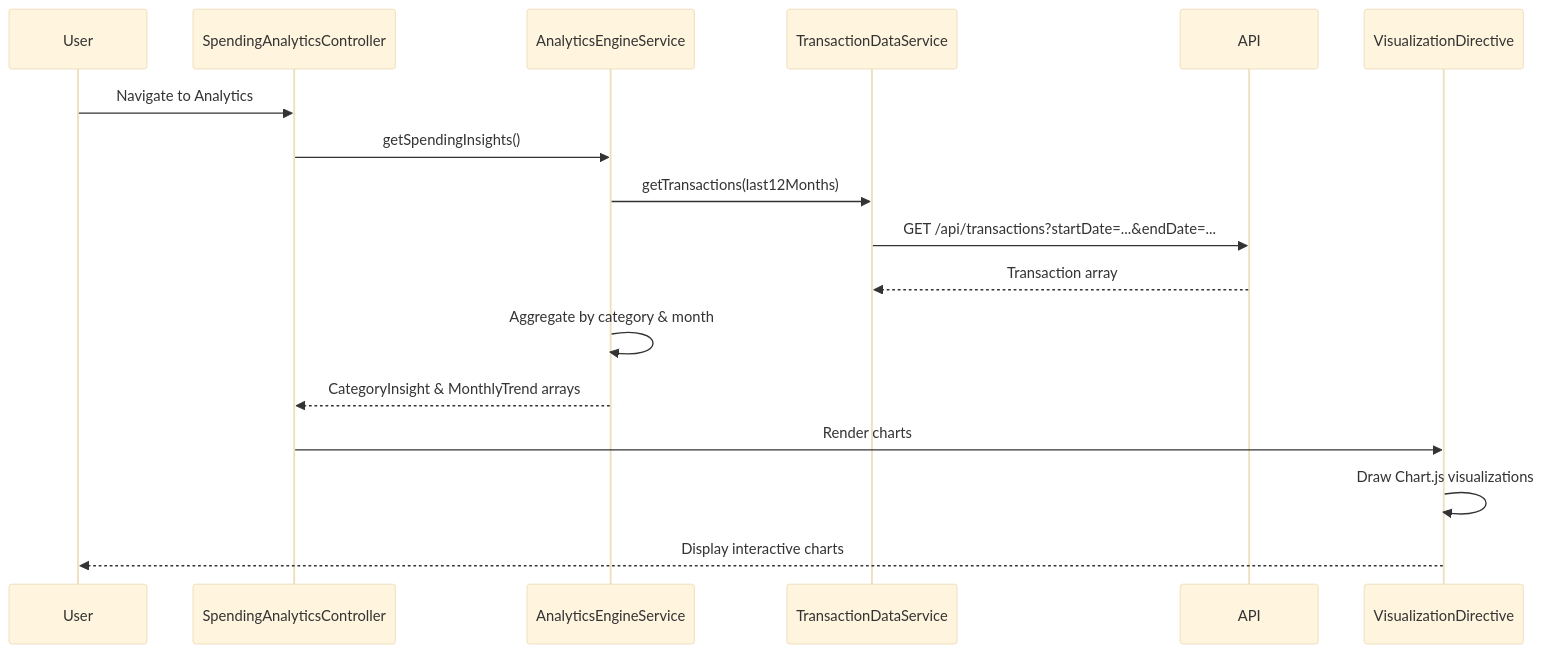
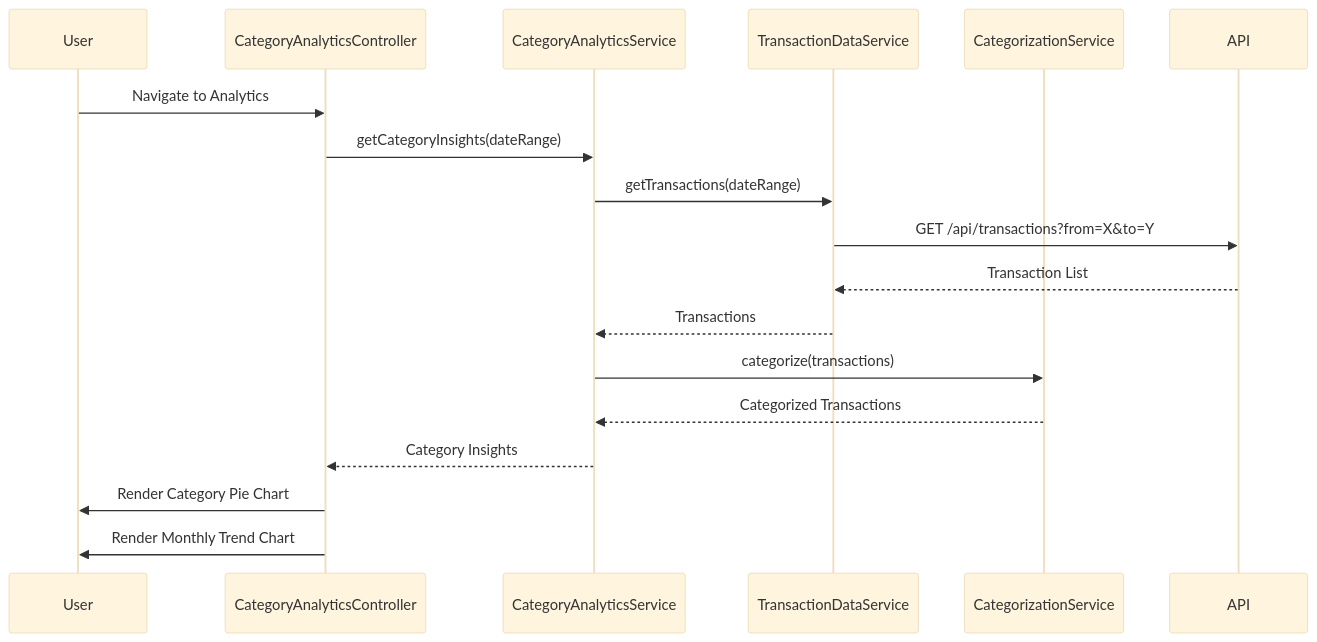
One commit to AAVA-Demo/APB_Demo changed the diagram in LLD/QE-7733_LLD.md. Above: the diagram before and after it, drawn with Mermaid (base theme). The commit also changed other lines of this file and 5 other files, not shown here.

````diff
--- a/LLD/QE-7733_LLD.md
+++ b/LLD/QE-7733_LLD.md
@@ -88,20 +113,21 @@
 ```mermaid
 sequenceDiagram
     participant User
-    participant SpendingAnalyticsController
-    participant AnalyticsEngineService
+    participant CategoryAnalyticsController
+    participant CategoryAnalyticsService
     participant TransactionDataService
+    participant CategorizationService
     participant API
-    participant VisualizationDirective
 
-    User->>SpendingAnalyticsController: Navigate to Analytics
-    SpendingAnalyticsController->>AnalyticsEngineService: getSpendingInsights()
-    AnalyticsEngineService->>TransactionDataService: getTransactions(last12Months)
-    TransactionDataService->>API: GET /api/transactions?startDate=...&endDate=...
-    API-->>TransactionDataService: Transaction array
-    AnalyticsEngineService->>AnalyticsEngineService: Aggregate by category & month
-    AnalyticsEngineService-->>SpendingAnalyticsController: CategoryInsight & MonthlyTrend arrays
-    SpendingAnalyticsController->>VisualizationDirective: Render charts
-    VisualizationDirective->>VisualizationDirective: Draw Chart.js visualizations
-    VisualizationDirective-->>User: Display interactive charts
+    User->>CategoryAnalyticsController: Navigate to Analytics
+    CategoryAnalyticsController->>CategoryAnalyticsService: getCategoryInsights(dateRange)
+    CategoryAnalyticsService->>TransactionDataService: getTransactions(dateRange)
+    TransactionDataService->>API: GET /api/transactions?from=X&to=Y
+    API-->>TransactionDataService: Transaction List
+    TransactionDataService-->>CategoryAnalyticsService: Transactions
+    CategoryAnalyticsService->>CategorizationService: categorize(transactions)
+    CategorizationService-->>CategoryAnalyticsService: Categorized Transactions
+    CategoryAnalyticsService-->>CategoryAnalyticsController: Category Insights
+    CategoryAnalyticsController->>User: Render Category Pie Chart
+    CategoryAnalyticsController->>User: Render Monthly Trend Chart
 ```
````
